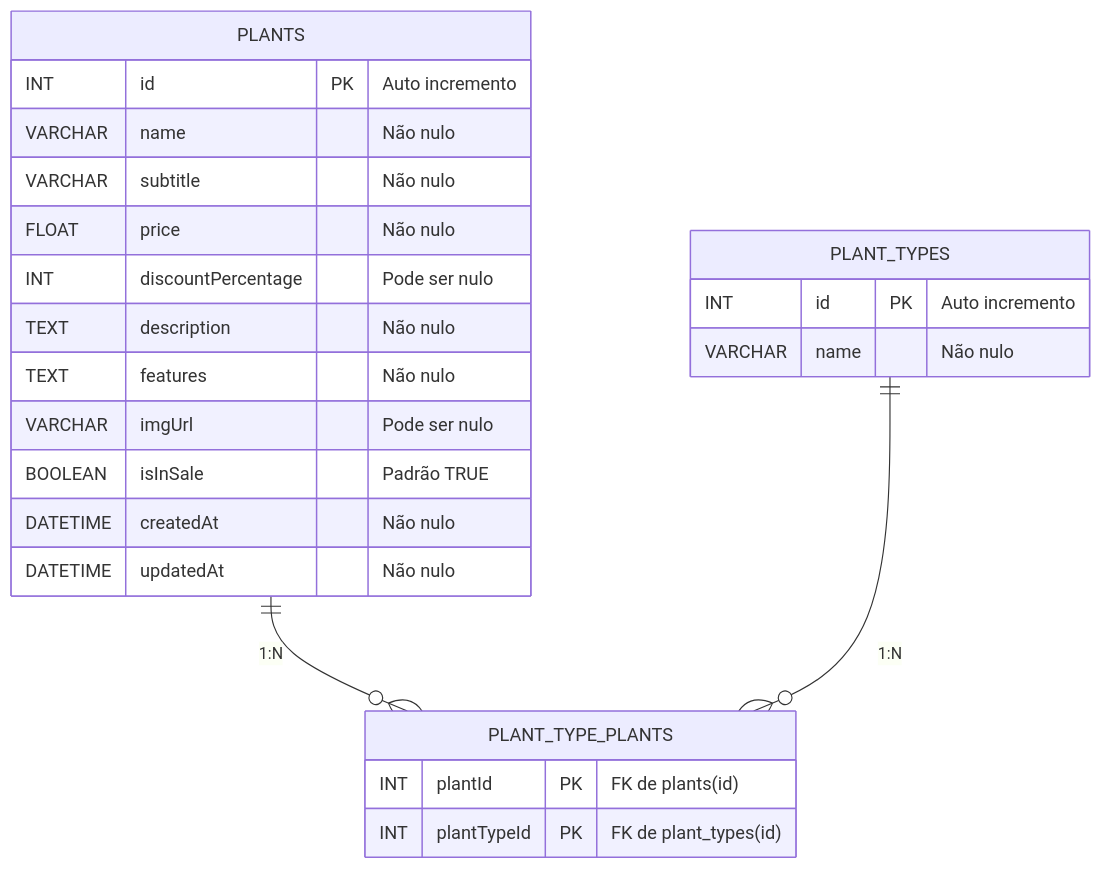
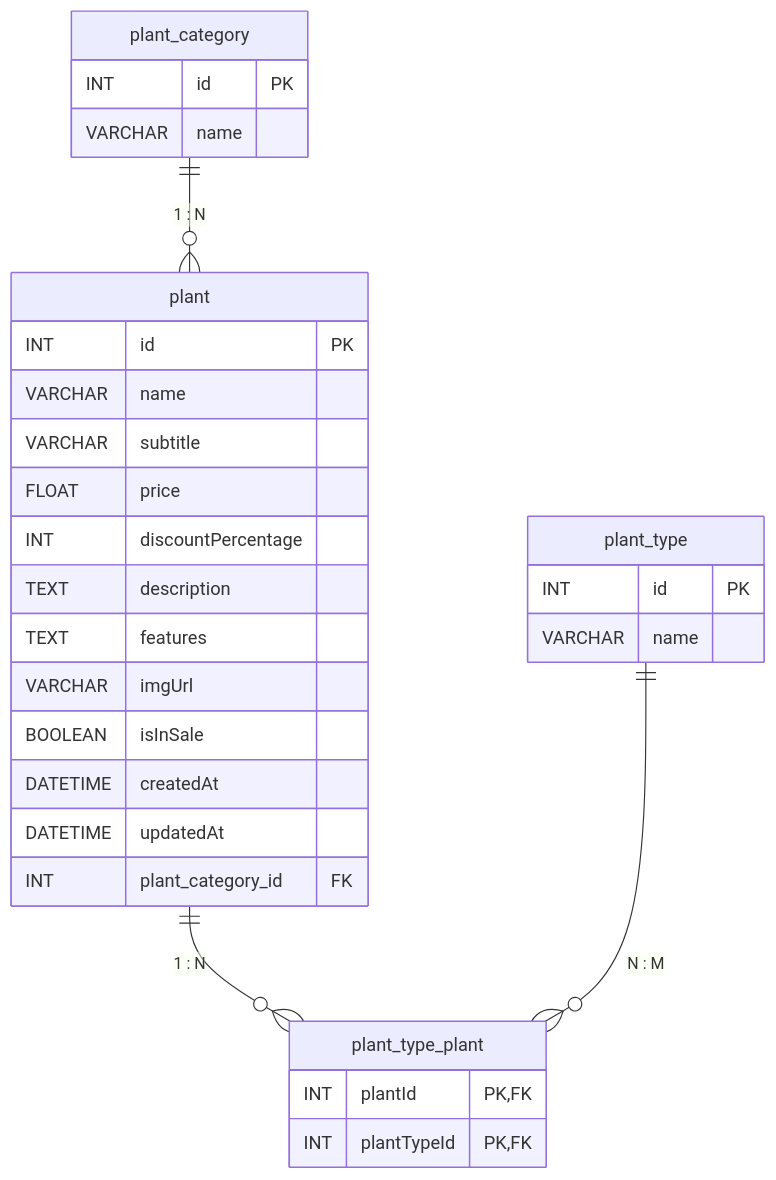
The diagram in database/entity_relationship.mmd (LuanaMonteiro0/plant-store), drawn with Mermaid before and after one commit. The commit also changed 6 other files, not shown here.

```diff
--- a/database/entity_relationship.mmd
+++ b/database/entity_relationship.mmd
@@ -1,25 +1,35 @@
 erDiagram
-    PLANTS {
-        INT id PK "Auto incremento"
-        VARCHAR name "Não nulo"
-        VARCHAR subtitle "Não nulo"
-        FLOAT price "Não nulo"
-        INT discountPercentage "Pode ser nulo"
-        TEXT description "Não nulo"
-        TEXT features "Não nulo"
-        VARCHAR imgUrl "Pode ser nulo"
-        BOOLEAN isInSale "Padrão TRUE"
-        DATETIME createdAt "Não nulo"
-        DATETIME updatedAt "Não nulo"
-    }
-    PLANT_TYPES {
-        INT id PK "Auto incremento"
-        VARCHAR name "Não nulo"
-    }
-    PLANT_TYPE_PLANTS {
-        INT plantId PK "FK de plants(id)"
-        INT plantTypeId PK "FK de plant_types(id)"
-    }
-    
-    PLANTS ||--o{ PLANT_TYPE_PLANTS : "1:N"
-    PLANT_TYPES ||--o{ PLANT_TYPE_PLANTS : "1:N"
+
+  plant_category ||--o{ plant : "1 : N"
+  plant ||--o{ plant_type_plant : "1 : N"
+  plant_type ||--o{ plant_type_plant : "N : M"
+
+  plant_category {
+    INT id PK
+    VARCHAR name
+  }
+
+  plant_type {
+    INT id PK
+    VARCHAR name
+  }
+
+  plant {
+    INT id PK
+    VARCHAR name
+    VARCHAR subtitle
+    FLOAT price
+    INT discountPercentage
+    TEXT description
+    TEXT features
+    VARCHAR imgUrl
+    BOOLEAN isInSale
+    DATETIME createdAt
+    DATETIME updatedAt
+    INT plant_category_id FK
+  }
+
+  plant_type_plant {
+    INT plantId PK, FK
+    INT plantTypeId PK, FK
+  }
```
